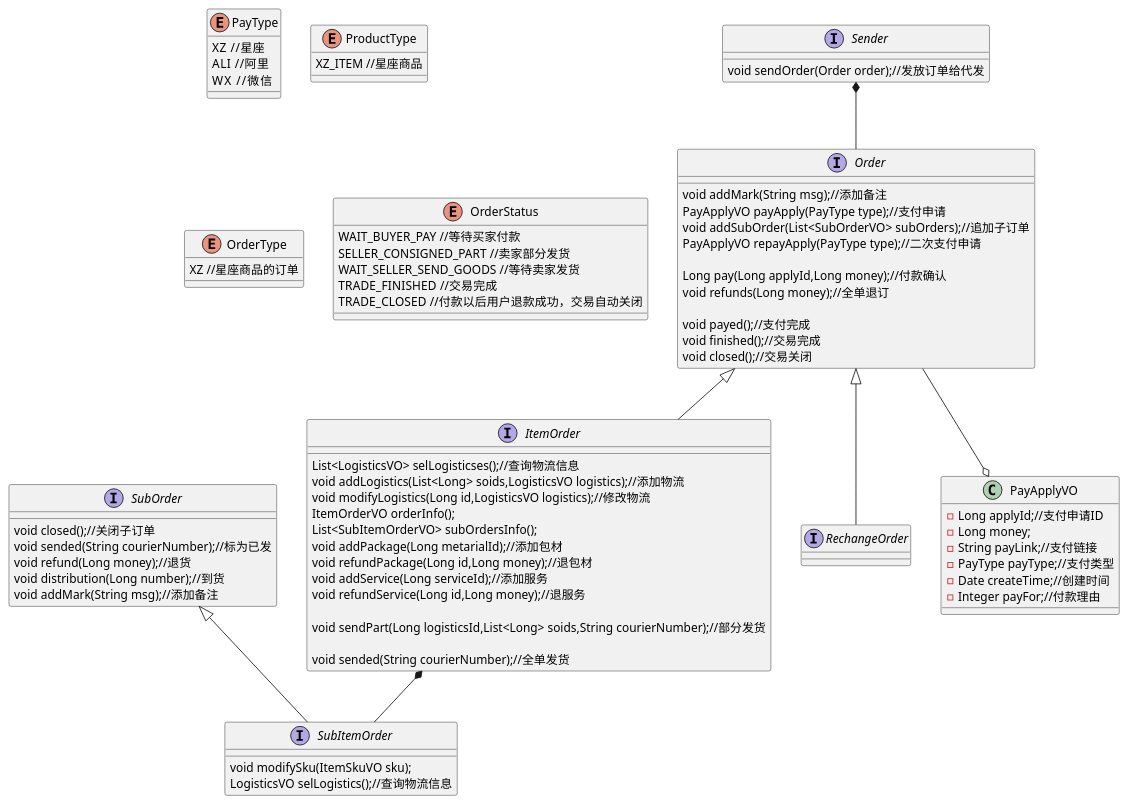
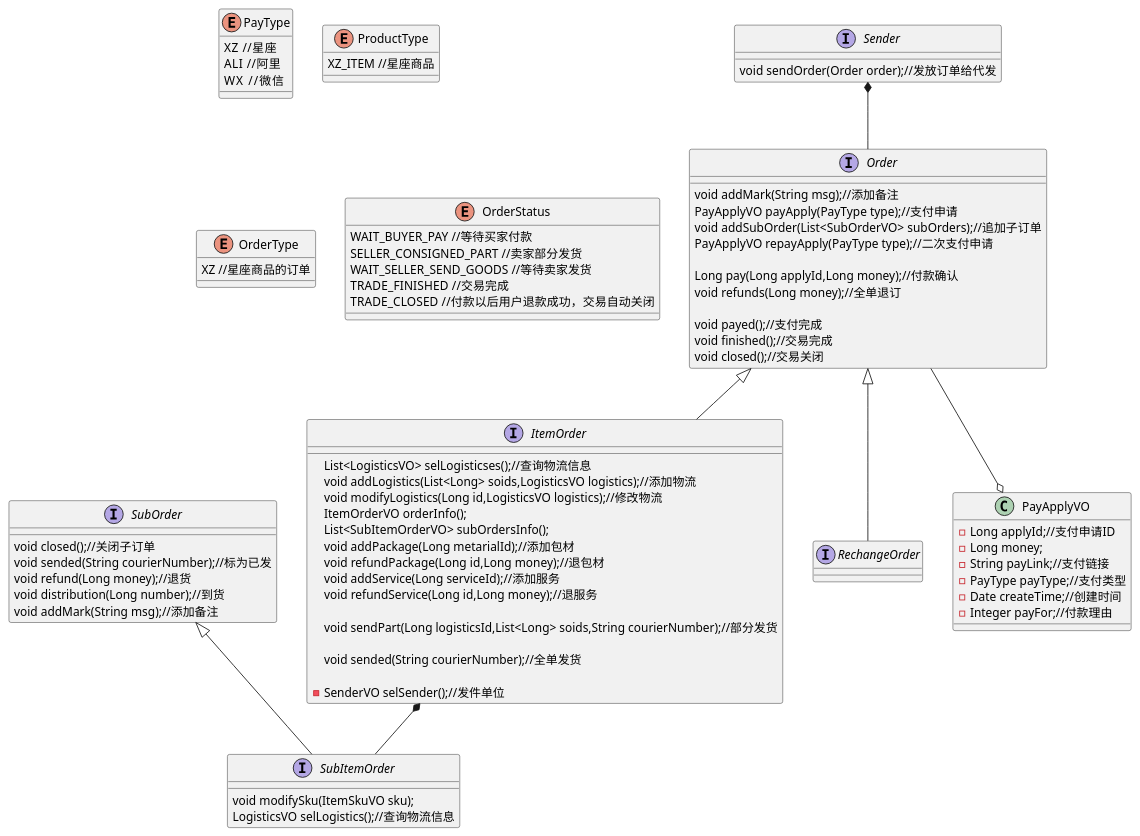
One commit to pogy/main-pom changed the diagram in main4-order/main4-order-api/src/main/resources/orderClass.puml. Above: the diagram before and after it, drawn with PlantUML. The commit also changed 2 other files, not shown here.

```diff
--- a/main4-order/main4-order-api/src/main/resources/orderClass.puml
+++ b/main4-order/main4-order-api/src/main/resources/orderClass.puml
@@ -1,98 +1,100 @@
 @startuml
 enum PayType{
 XZ  //星座
 ALI  //阿里
 WX   //微信
 }
 
 interface Order{
 void addMark(String msg);//添加备注
 PayApplyVO payApply(PayType type);//支付申请
 void addSubOrder(List<SubOrderVO> subOrders);//追加子订单
 PayApplyVO repayApply(PayType type);//二次支付申请
 
 Long pay(Long applyId,Long money);//付款确认
 void refunds(Long money);//全单退订
 
 void payed();//支付完成
 void finished();//交易完成
 void closed();//交易关闭
 }
 
 interface ItemOrder{
 List<LogisticsVO> selLogisticses();//查询物流信息
 void addLogistics(List<Long> soids,LogisticsVO logistics);//添加物流
 void modifyLogistics(Long id,LogisticsVO logistics);//修改物流
 ItemOrderVO orderInfo();
 List<SubItemOrderVO> subOrdersInfo();
 void addPackage(Long metarialId);//添加包材
 void refundPackage(Long id,Long money);//退包材
 void addService(Long serviceId);//添加服务
 void refundService(Long id,Long money);//退服务
 
 void sendPart(Long logisticsId,List<Long> soids,String courierNumber);//部分发货
 
 void sended(String courierNumber);//全单发货
+
+-SenderVO selSender();//发件单位
 }
 
 interface RechangeOrder{
 
 }
 
 interface SubOrder{
 void closed();//关闭子订单
 void sended(String courierNumber);//标为已发
 void refund(Long money);//退货
 void distribution(Long number);//到货
 void addMark(String msg);//添加备注
 }
 
 interface SubItemOrder{
 void modifySku(ItemSkuVO sku);
 LogisticsVO selLogistics();//查询物流信息
 }
 
 interface Sender{
 void sendOrder(Order order);//发放订单给代发
 }
 
 enum ProductType{
 XZ_ITEM //星座商品
 
 }
 
 enum OrderType{
 XZ //星座商品的订单
 
 }
 
 enum OrderStatus{
 WAIT_BUYER_PAY //等待买家付款
 SELLER_CONSIGNED_PART //卖家部分发货
 WAIT_SELLER_SEND_GOODS //等待卖家发货
 TRADE_FINISHED  //交易完成
 TRADE_CLOSED  //付款以后用户退款成功，交易自动关闭
 
 }
 
 
 
 class PayApplyVO{
 -Long applyId;//支付申请ID
 -Long money;
 -String payLink;//支付链接
 -PayType payType;//支付类型
 -Date createTime;//创建时间
 -Integer payFor;//付款理由
 }
 
 SubOrder <|-- SubItemOrder
 Order <|-- ItemOrder
 Order <|-- RechangeOrder
 ItemOrder *-- SubItemOrder
 Sender *-- Order
 
 Order --o PayApplyVO
 
 
 @enduml
```
